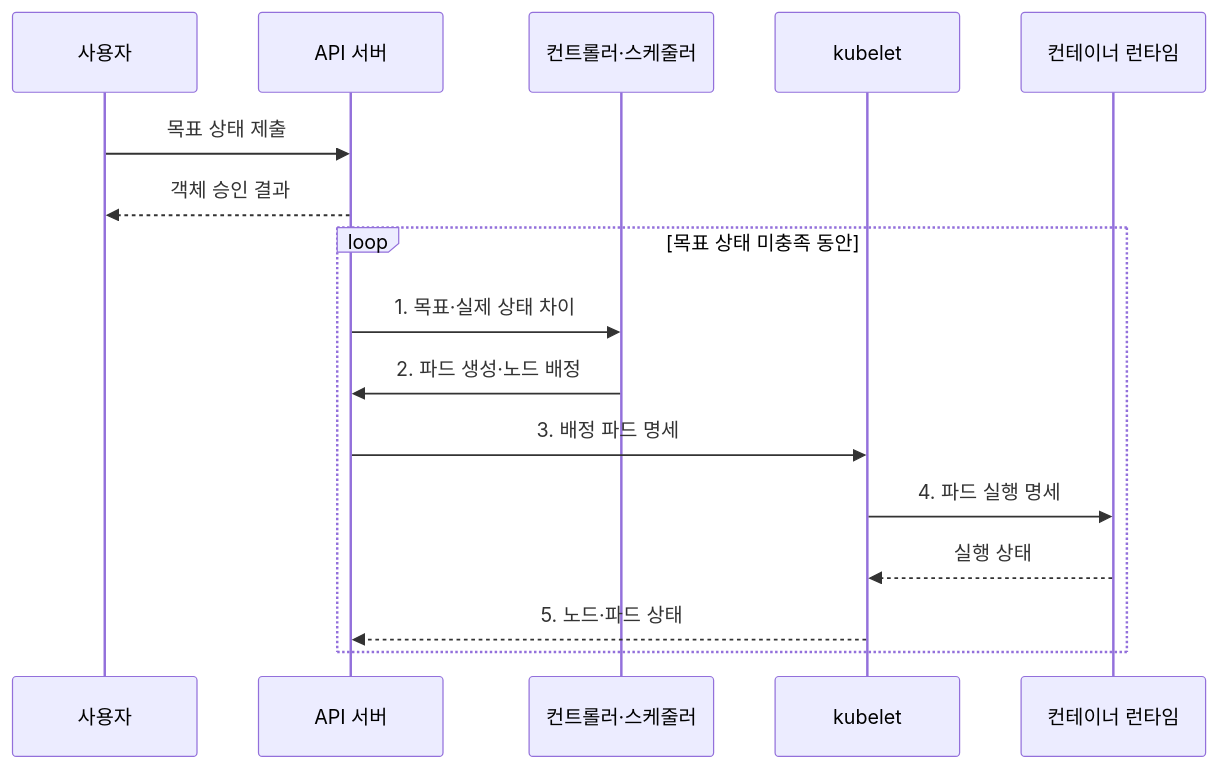
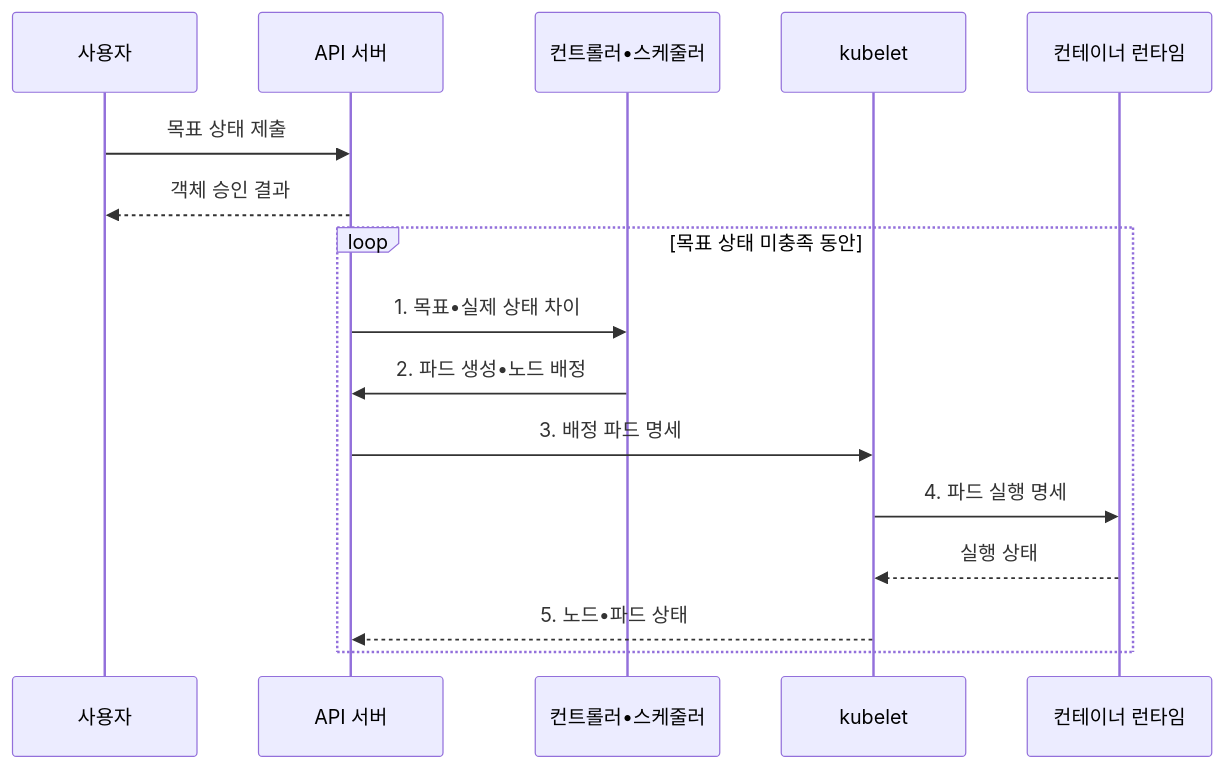
One commit to agnusdei1207/knowledge-base changed the second of 2 diagrams in src/content/docs/notes/03-software/152_kubernetes_architecture.md. Above: the diagram before and after it, drawn with Mermaid. The commit also changed other lines of this file and 953 other files, not shown here.

````diff
--- a/src/content/docs/notes/03-software/152_kubernetes_architecture.md
+++ b/src/content/docs/notes/03-software/152_kubernetes_architecture.md
@@ -104,18 +104,18 @@
 ```mermaid
 sequenceDiagram
     participant U as 사용자
     participant A as API 서버
-    participant C as 컨트롤러·스케줄러
+    participant C as 컨트롤러•스케줄러
     participant K as kubelet
     participant R as 컨테이너 런타임
     U->>A: 목표 상태 제출
     A-->>U: 객체 승인 결과
     loop 목표 상태 미충족 동안
-        A->>C: 1. 목표·실제 상태 차이
-        C->>A: 2. 파드 생성·노드 배정
+        A->>C: 1. 목표•실제 상태 차이
+        C->>A: 2. 파드 생성•노드 배정
         A->>K: 3. 배정 파드 명세
         K->>R: 4. 파드 실행 명세
         R-->>K: 실행 상태
-        K-->>A: 5. 노드·파드 상태
+        K-->>A: 5. 노드•파드 상태
     end
 ```
````
